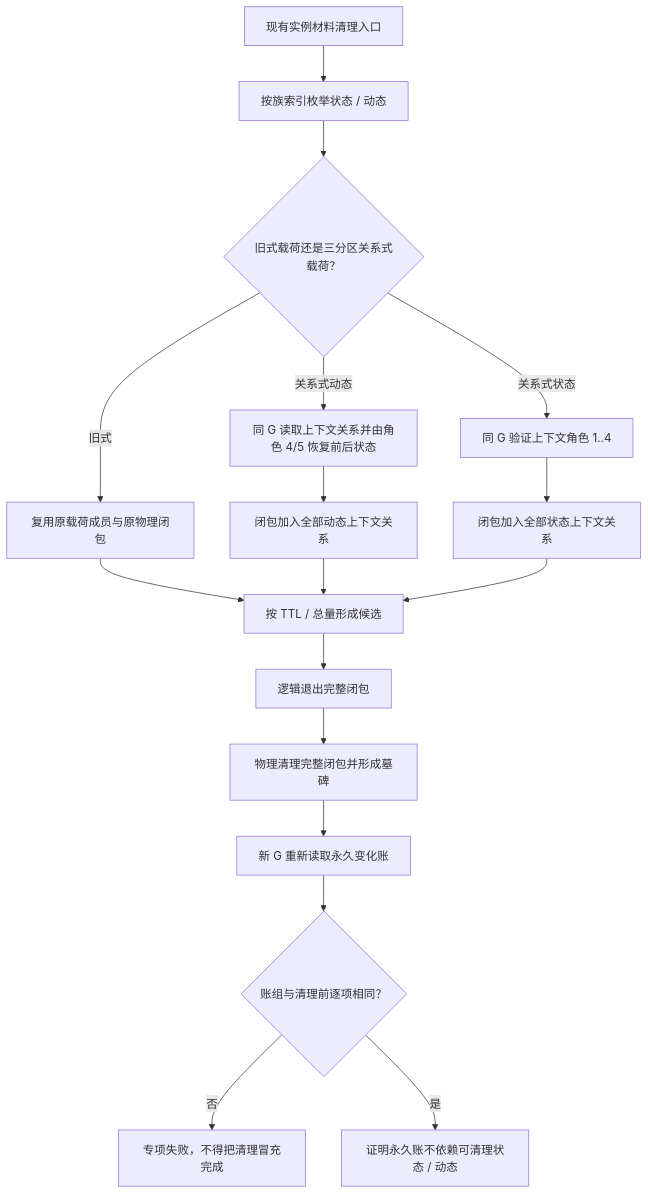
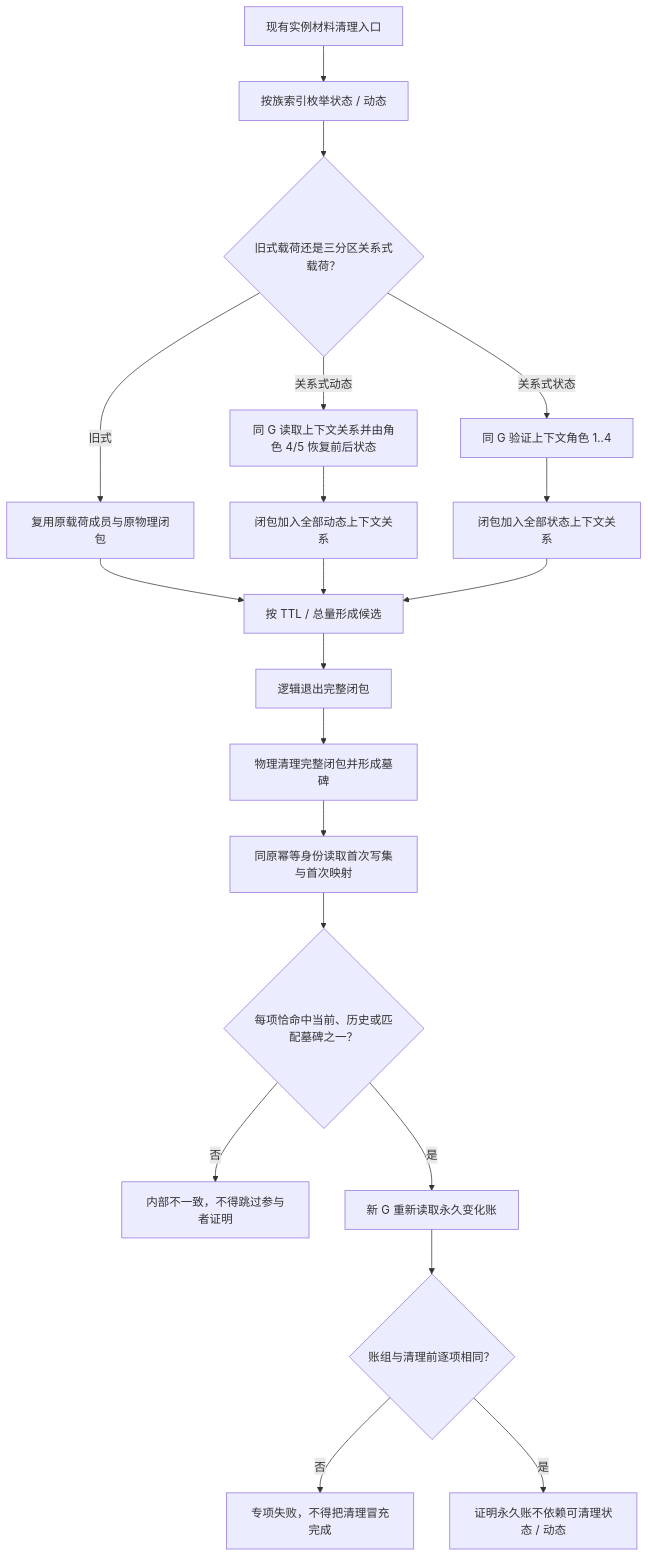
Before and after one commit to chunhaizh-cyber/HY-Ego: the third of 3 diagrams in 流程图/20260830_INSTINCT-STAGE3-CURRENT-VALUE-CHANGE-LEDGER_特征当前值变化永久账函数流程图_v0.1.md, drawn with Mermaid. The commit also changed other lines of this file and 3 other files, not shown here.

````diff
--- a/流程图/20260830_INSTINCT-STAGE3-CURRENT-VALUE-CHANGE-LEDGER_特征当前值变化永久账函数流程图_v0.1.md
+++ b/流程图/20260830_INSTINCT-STAGE3-CURRENT-VALUE-CHANGE-LEDGER_特征当前值变化永久账函数流程图_v0.1.md
@@ -58,19 +58,22 @@
 ```mermaid
 flowchart TD
     A["现有实例材料清理入口"] --> B["按族索引枚举状态 / 动态"]
     B --> C{"旧式载荷还是三分区关系式载荷？"}
     C -- "旧式" --> D["复用原载荷成员与原物理闭包"]
     C -- "关系式动态" --> E["同 G 读取上下文关系并由角色 4/5 恢复前后状态"]
     C -- "关系式状态" --> F["同 G 验证上下文角色 1..4"]
     E --> G["闭包加入全部动态上下文关系"]
     F --> H["闭包加入全部状态上下文关系"]
     D --> I["按 TTL / 总量形成候选"]
     G --> I
     H --> I
     I --> J["逻辑退出完整闭包"]
     J --> K["物理清理完整闭包并形成墓碑"]
-    K --> L["新 G 重新读取永久变化账"]
+    K --> K1["同原幂等身份读取首次写集与首次映射"]
+    K1 --> K2{"每项恰命中当前、历史或匹配墓碑之一？"}
+    K2 -- "否" --> X1["内部不一致，不得跳过参与者证明"]
+    K2 -- "是" --> L["新 G 重新读取永久变化账"]
     L --> M{"账组与清理前逐项相同？"}
     M -- "否" --> X["专项失败，不得把清理冒充完成"]
     M -- "是" --> R["证明永久账不依赖可清理状态 / 动态"]
 ```
````
